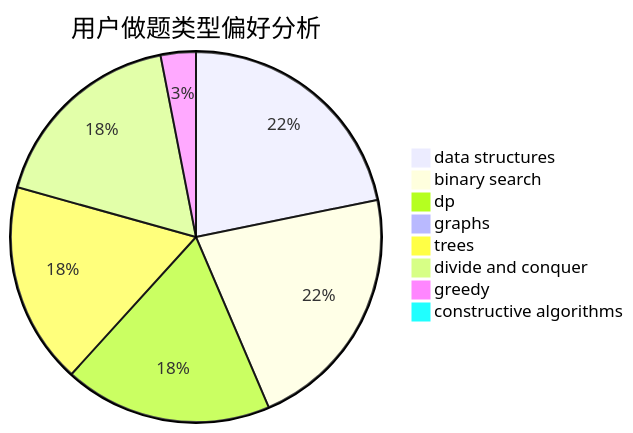
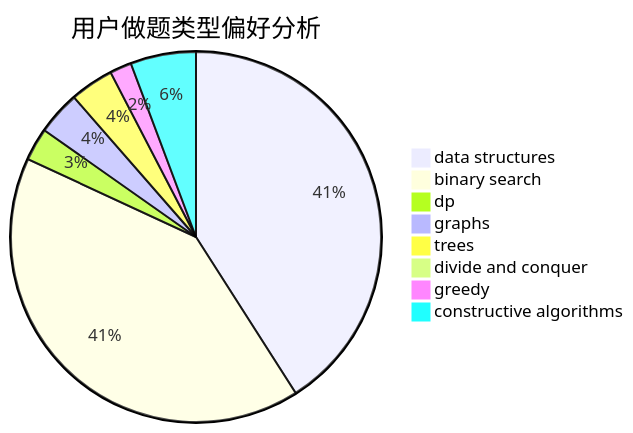
One commit to sherpahu/cfrs.github.io changed the second of 3 diagrams in docs/user/u1038.md. Above: the diagram before and after it, drawn with Mermaid. The commit also changed other lines of this file and 2770 other files, not shown here.

````diff
--- a/docs/user/u1038.md
+++ b/docs/user/u1038.md
@@ -23,11 +23,11 @@
 ```mermaid
 pie title 用户做题类型偏好分析
-    "data structures" :  78
-    "binary search" :  78
-    "dp" :  65
-    "graphs" :  0
-    "trees" :  63
-    "divide and conquer" :  63
-    "greedy" :  11
-    "constructive algorithms" :  0
+    "data structures" :  43
+    "binary search" :  43
+    "dp" :  3
+    "graphs" :  4
+    "trees" :  4
+    "divide and conquer" :  0
+    "greedy" :  2
+    "constructive algorithms" :  6
 ```
````
